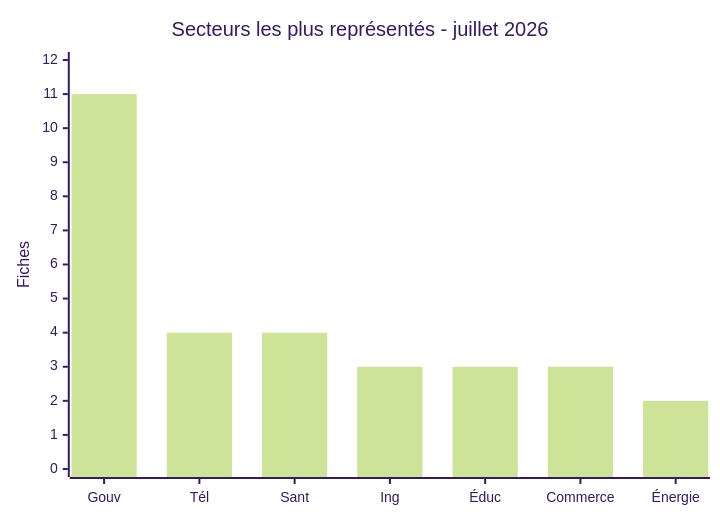
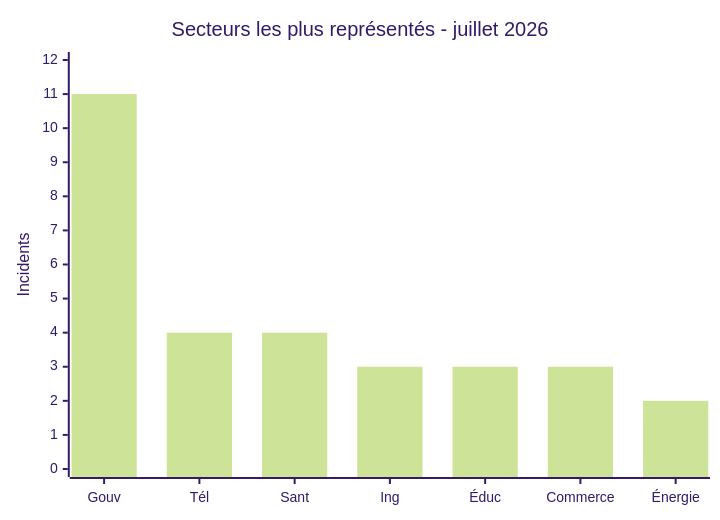
Before and after one commit to Hatchepsoute/AFRINTEL: the seventh of 8 diagrams in CyberAttackAfrica/2026/07-july/README_FR.md, drawn with Mermaid (forest theme). The commit also changed other lines of this file and 5 other files, not shown here.

````diff
--- a/CyberAttackAfrica/2026/07-july/README_FR.md
+++ b/CyberAttackAfrica/2026/07-july/README_FR.md
@@ -244,7 +244,7 @@
 ```mermaid
-xychart-beta
+xychart
     title "Secteurs les plus représentés - juillet 2026"
     x-axis ["Gouv","Tél","Sant","Ing","Éduc","Commerce","Énergie"]
-    y-axis "Fiches" 0 --> 12
+    y-axis "Incidents" 0 --> 12
     bar [11,4,4,3,3,3,2]
 ```
````
